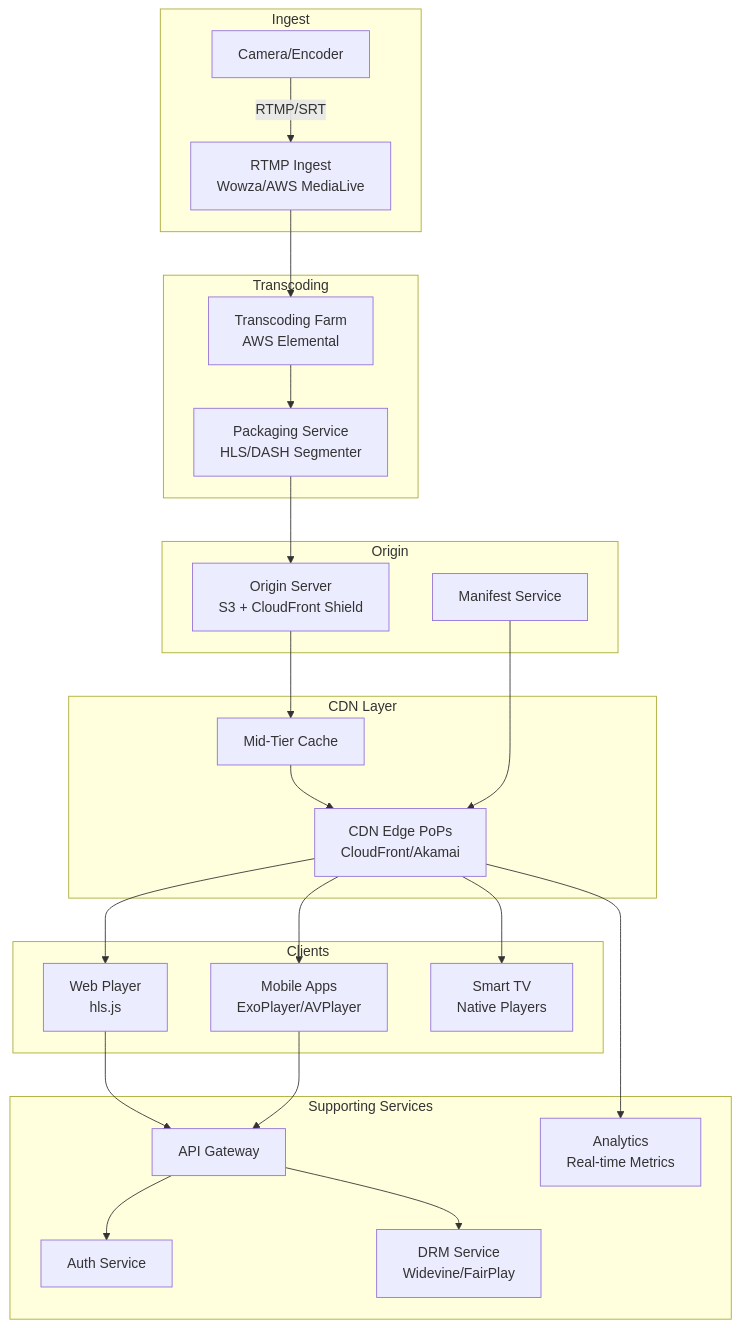
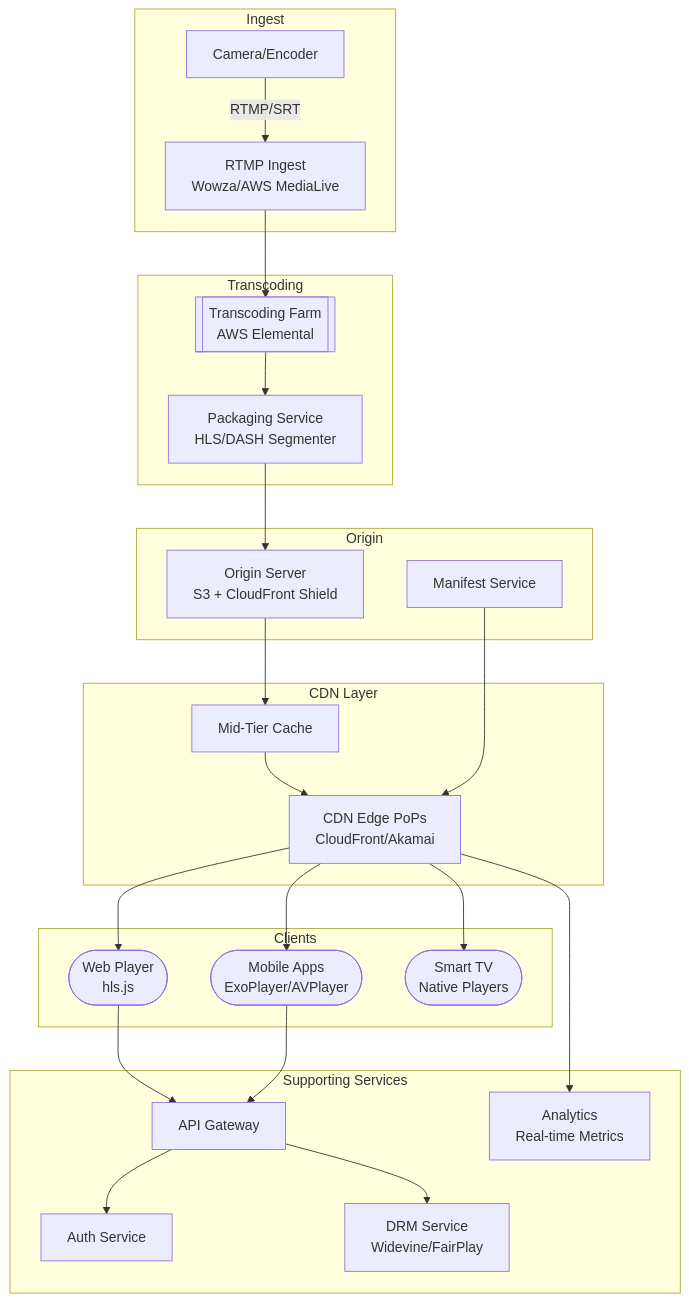
Before and after one commit to ShanmugaGanesh1999/Portfolio: the diagram in docs/prep/System Design/06-Case-Studies/19-hotstar.md, drawn with Mermaid. The commit also changed 40 other files, not shown here.

First line of the commit message:
Refactor diagram node rendering to use reusable shape components

````diff
--- a/docs/prep/System Design/06-Case-Studies/19-hotstar.md
+++ b/docs/prep/System Design/06-Case-Studies/19-hotstar.md
@@ -55,51 +55,51 @@
 ```mermaid
 graph TD
     subgraph Ingest
         CAM[Camera/Encoder]
         RTMP[RTMP Ingest<br/>Wowza/AWS MediaLive]
     end
     
     subgraph Transcoding
-        TRANS[Transcoding Farm<br/>AWS Elemental]
+        TRANS[[Transcoding Farm<br/>AWS Elemental]]
         PACK[Packaging Service<br/>HLS/DASH Segmenter]
     end
     
     subgraph Origin
         ORIGIN[Origin Server<br/>S3 + CloudFront Shield]
         MANIFEST[Manifest Service]
     end
     
     subgraph CDN Layer
         CDN_EDGE[CDN Edge PoPs<br/>CloudFront/Akamai]
         CDN_MID[Mid-Tier Cache]
     end
     
     subgraph Clients
-        WEB[Web Player<br/>hls.js]
-        MOBILE[Mobile Apps<br/>ExoPlayer/AVPlayer]
-        TV[Smart TV<br/>Native Players]
+        WEB([Web Player<br/>hls.js])
+        MOBILE([Mobile Apps<br/>ExoPlayer/AVPlayer])
+        TV([Smart TV<br/>Native Players])
     end
     
     subgraph Supporting Services
         API[API Gateway]
         AUTH[Auth Service]
         DRM[DRM Service<br/>Widevine/FairPlay]
         ANALYTICS[Analytics<br/>Real-time Metrics]
     end
     
     CAM -->|RTMP/SRT| RTMP
     RTMP --> TRANS
     TRANS --> PACK
     PACK --> ORIGIN
     ORIGIN --> CDN_MID
     CDN_MID --> CDN_EDGE
     CDN_EDGE --> WEB
     CDN_EDGE --> MOBILE
     CDN_EDGE --> TV
     MANIFEST --> CDN_EDGE
     API --> AUTH
     API --> DRM
     WEB --> API
     MOBILE --> API
     CDN_EDGE --> ANALYTICS
 ```
````
